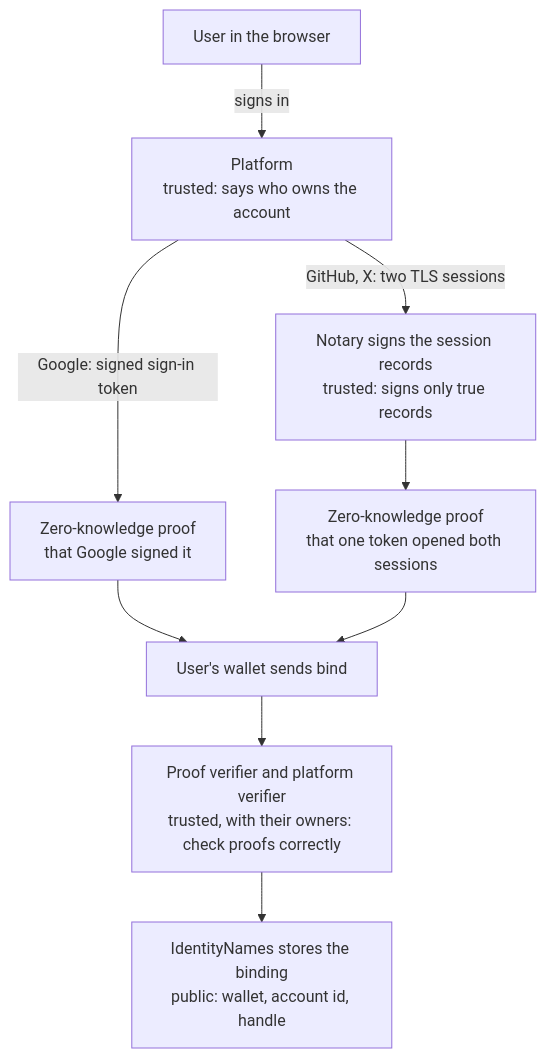
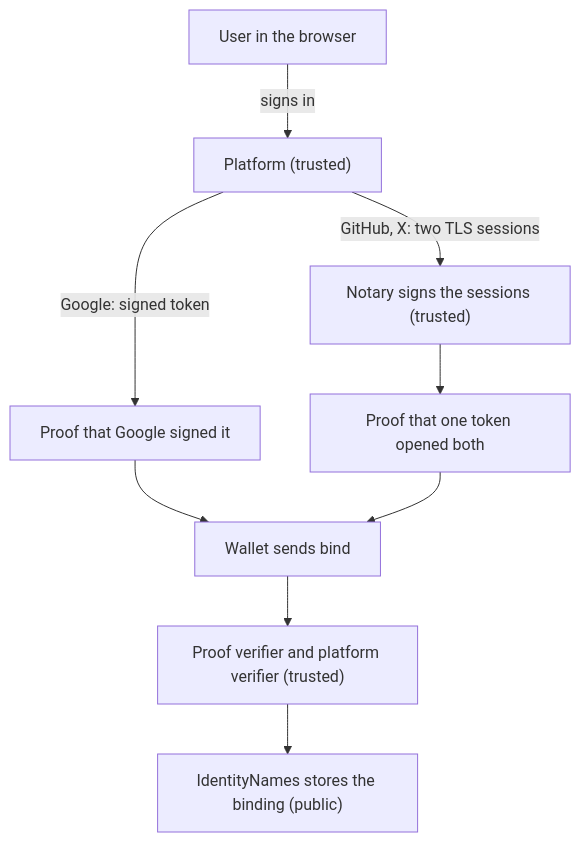
Before and after one commit to libid-org/libID: the diagram in docs/pages/advanced/how-binding-works.md, drawn with Mermaid. The commit also changed other lines of this file and 3 other files, not shown here.

First line of the commit message:
docs: style tables and diagrams from the site palette

````diff
--- a/docs/pages/advanced/how-binding-works.md
+++ b/docs/pages/advanced/how-binding-works.md
@@ -12,11 +12,13 @@
 ```mermaid
 flowchart TD
-  U["User in the browser"] -- "signs in" --> P["Platform<br/>trusted: says who owns the account"]
-  P -- "Google: signed sign-in token" --> G["Zero-knowledge proof<br/>that Google signed it"]
-  P -- "GitHub, X: two TLS sessions" --> N["Notary signs the session records<br/>trusted: signs only true records"]
-  N --> Z["Zero-knowledge proof<br/>that one token opened both sessions"]
-  G --> B["User's wallet sends bind"]
+  U["User in the browser"] -- "signs in" --> P["Platform (trusted)"]
+  P -- "Google: signed token" --> G["Proof that Google signed it"]
+  P -- "GitHub, X: two TLS sessions" --> N["Notary signs the sessions (trusted)"]
+  N --> Z["Proof that one token opened both"]
+  G --> B["Wallet sends bind"]
   Z --> B
-  B --> V["Proof verifier and platform verifier<br/>trusted, with their owners: check proofs correctly"]
-  V --> I["IdentityNames stores the binding<br/>public: wallet, account id, handle"]
+  B --> V["Proof verifier and platform verifier (trusted)"]
+  V --> I["IdentityNames stores the binding (public)"]
+  class P,N,V trusted
+  class I public
 ```
````
